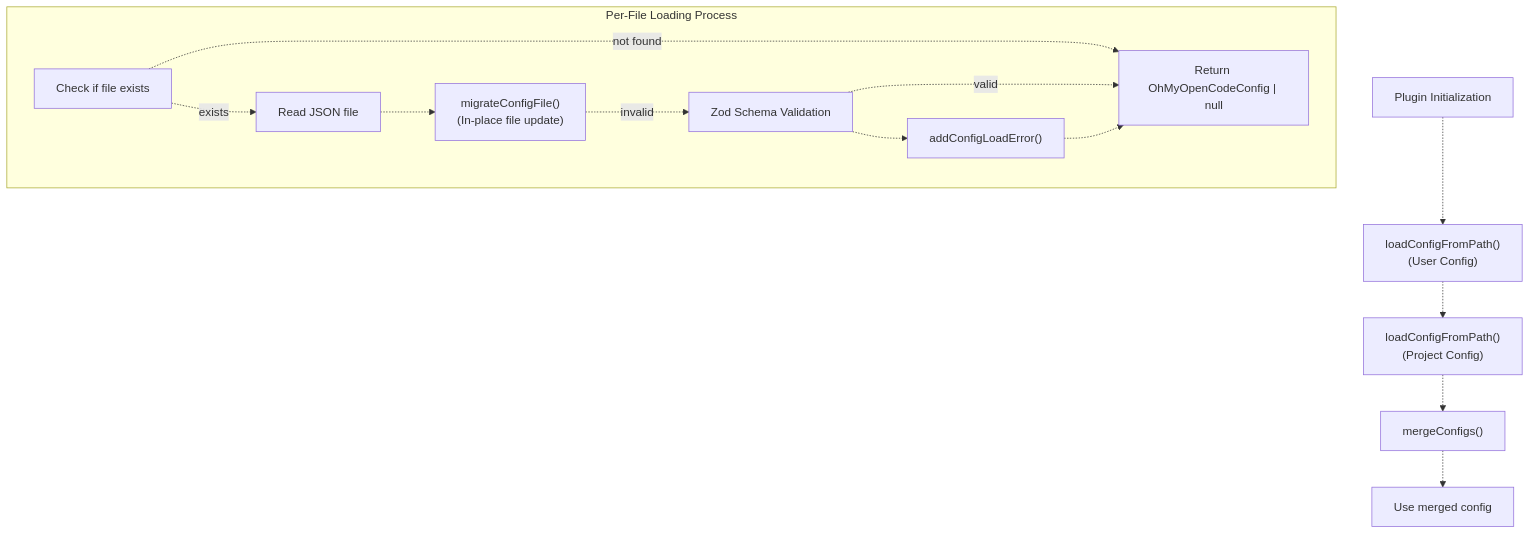
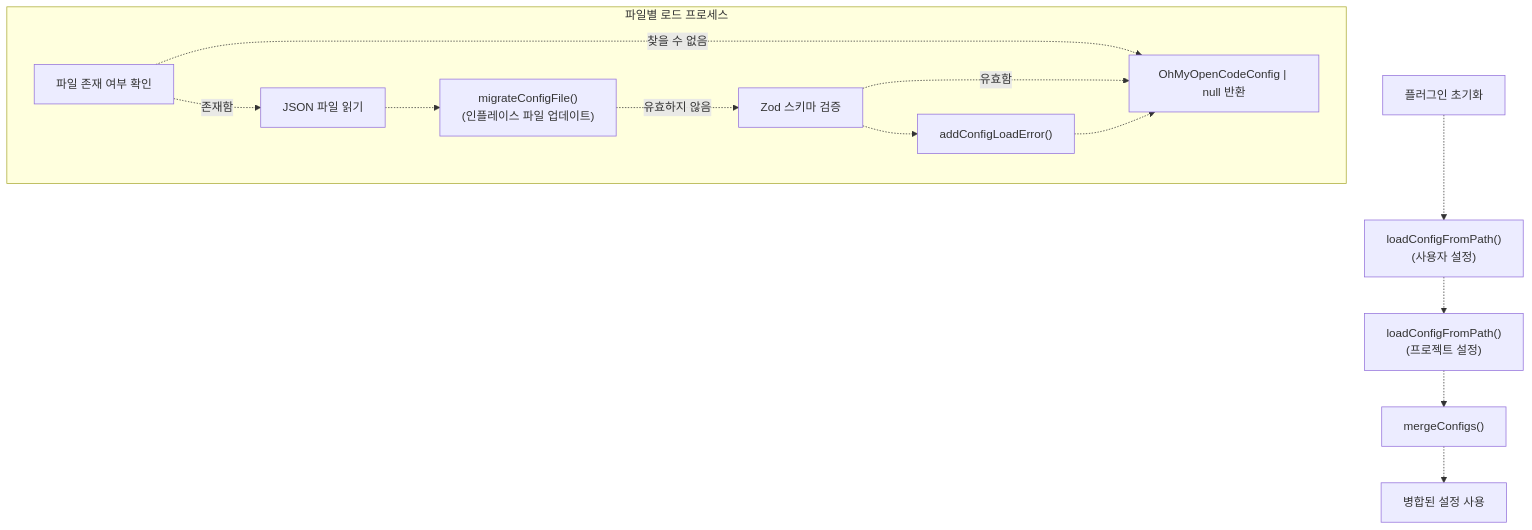
Before and after one commit to felipetruman/oh-my-opencode-docs: the second of 4 diagrams in docs/compatibility/configuration-migration.md, drawn with Mermaid. The commit also changed other lines of this file and 76 other files, not shown here.

````diff
--- a/docs/compatibility/configuration-migration.md
+++ b/docs/compatibility/configuration-migration.md
@@ -158,36 +158,36 @@
 ```mermaid
 flowchart TD
 
-CheckExists["Check if file exists"]
-ReadFile["Read JSON file"]
-Return["Return OhMyOpenCodeConfig | null"]
-Migrate["migrateConfigFile()<br>(In-place file update)"]
-Validate["Zod Schema Validation"]
+CheckExists["파일 존재 여부 확인"]
+ReadFile["JSON 파일 읽기"]
+Return["OhMyOpenCodeConfig | null 반환"]
+Migrate["migrateConfigFile()<br>(인플레이스 파일 업데이트)"]
+Validate["Zod 스키마 검증"]
 AddError["addConfigLoadError()"]
-Start["Plugin Initialization"]
-LoadUser["loadConfigFromPath()<br>(User Config)"]
-LoadProject["loadConfigFromPath()<br>(Project Config)"]
+Start["플러그인 초기화"]
+LoadUser["loadConfigFromPath()<br>(사용자 설정)"]
+LoadProject["loadConfigFromPath()<br>(프로젝트 설정)"]
 Merge["mergeConfigs()"]
-UseConfig["Use merged config"]
+UseConfig["병합된 설정 사용"]
 
 Start -.-> LoadUser
 LoadUser -.-> LoadProject
 LoadProject -.-> Merge
 Merge -.-> UseConfig
 
-subgraph subGraph0 ["Per-File Loading Process"]
+subgraph subGraph0 ["파일별 로드 프로세스"]
     CheckExists
     ReadFile
     Return
     Migrate
     Validate
     AddError
-    CheckExists -.->|"exists"| ReadFile
-    CheckExists -.->|"not found"| Return
+    CheckExists -.->|"존재함"| ReadFile
+    CheckExists -.->|"찾을 수 없음"| Return
     ReadFile -.-> Migrate
-    Migrate -.->|"invalid"| Validate
-    Validate -.->|"valid"| Return
+    Migrate -.->|"유효하지 않음"| Validate
+    Validate -.->|"유효함"| Return
     Validate -.-> AddError
     AddError -.-> Return
 end
 ```
````
